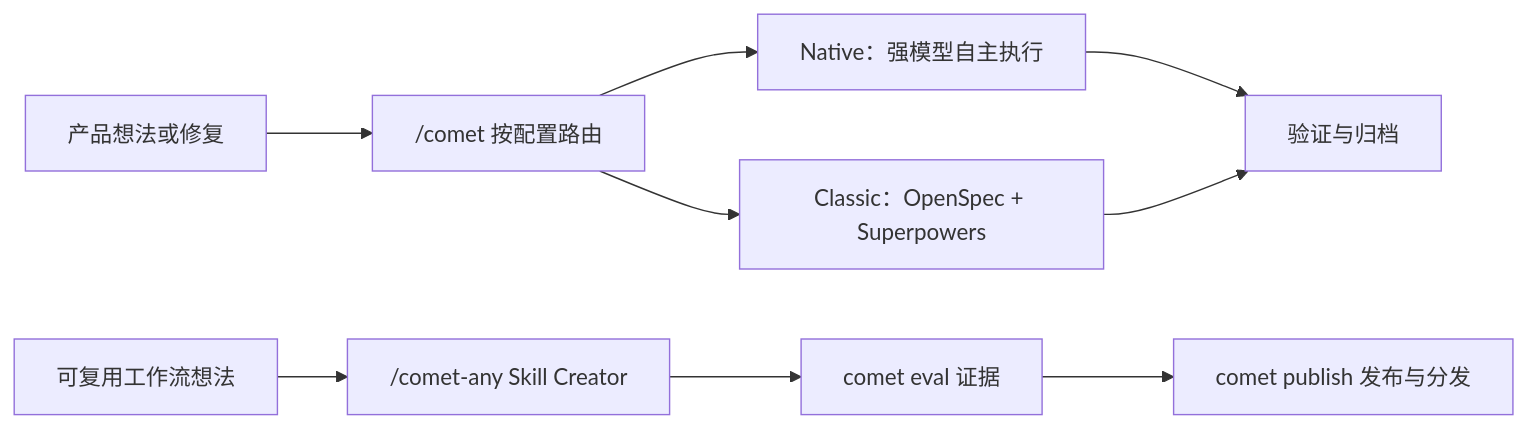
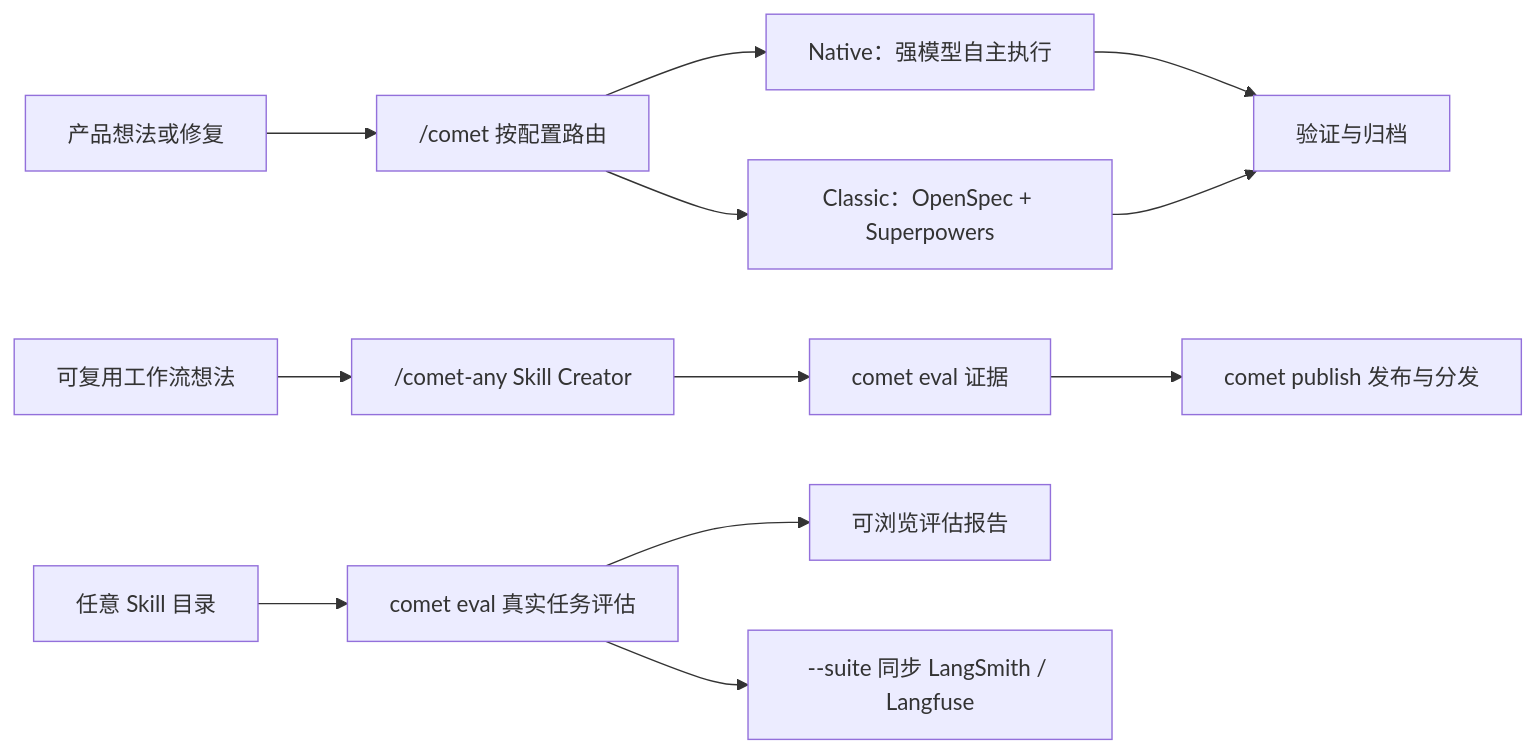
The diagram in zh/introduction.mdx (rpamis/comet-website-docs), drawn with Mermaid before and after one commit. The commit also changed other lines of this file and 6 other files, not shown here.

````diff
--- a/zh/introduction.mdx
+++ b/zh/introduction.mdx
@@ -30,11 +30,14 @@
 ```mermaid
 flowchart LR
   A["产品想法或修复"] --> B["/comet 按配置路由"]
   B --> N["Native：强模型自主执行"]
   B --> C["Classic：OpenSpec + Superpowers"]
   N --> E["验证与归档"]
   C --> E
   F["可复用工作流想法"] --> G["/comet-any Skill Creator"]
   G --> H["comet eval 证据"]
   H --> I["comet publish 发布与分发"]
+  J["任意 Skill 目录"] --> K["comet eval 真实任务评估"]
+  K --> L["可浏览评估报告"]
+  K --> M["--suite 同步 LangSmith / Langfuse"]
 ```
````
